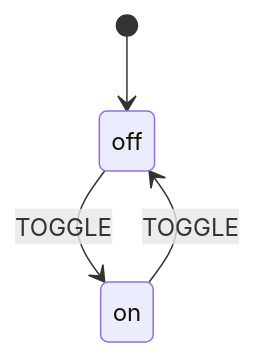
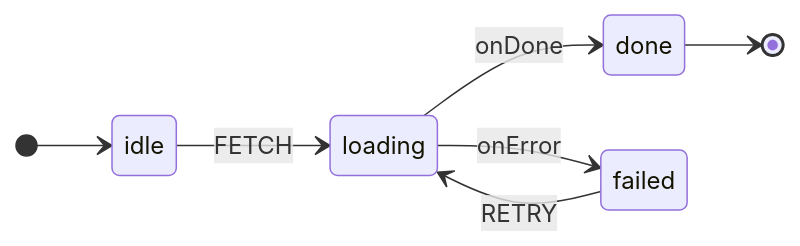
The diagram in README.md (basiltt/xstate-statemachine), drawn with Mermaid before and after one commit. The commit also changed other lines of this file, not shown here.

````diff
--- a/README.md
+++ b/README.md
@@ -1155,6 +223,10 @@
 ```mermaid
 stateDiagram-v2
-    [*] --> off
-    off --> on : TOGGLE
-    on --> off : TOGGLE
+    direction LR
+    [*] --> idle
+    idle --> loading: FETCH
+    loading --> done: onDone
+    loading --> failed: onError
+    failed --> loading: RETRY
+    done --> [*]
 ```
````
